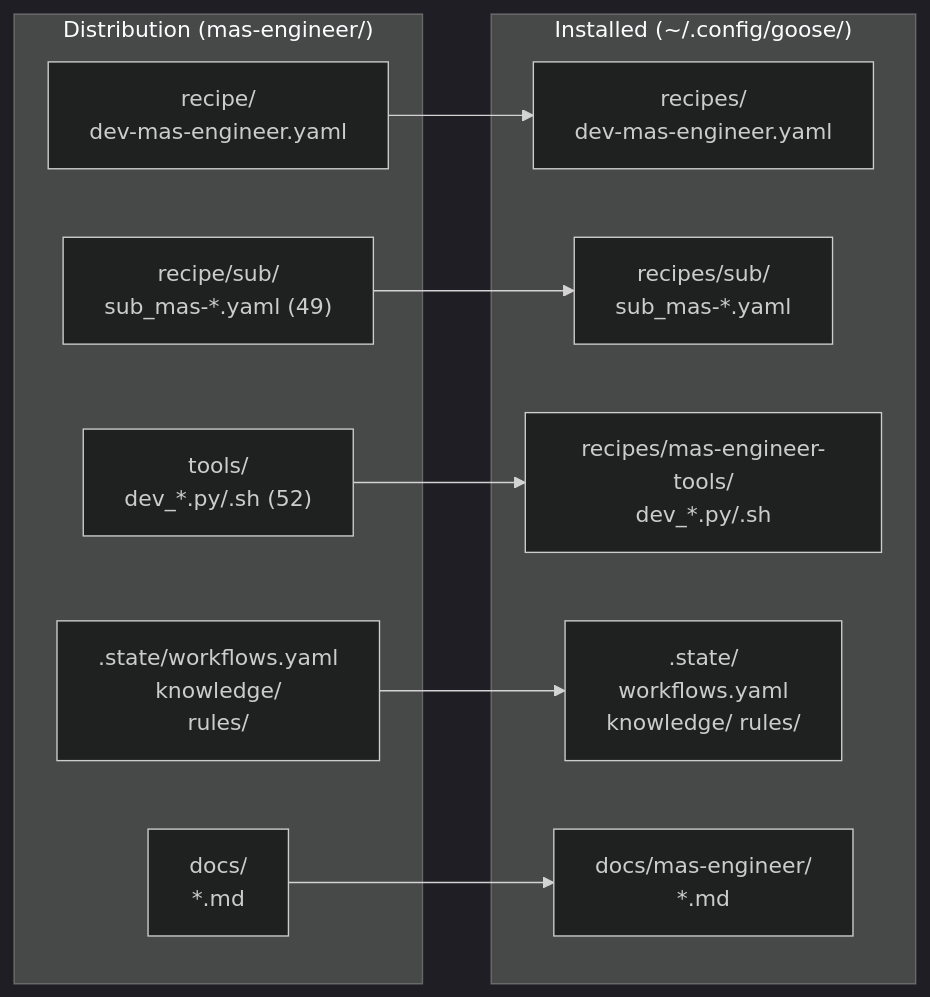
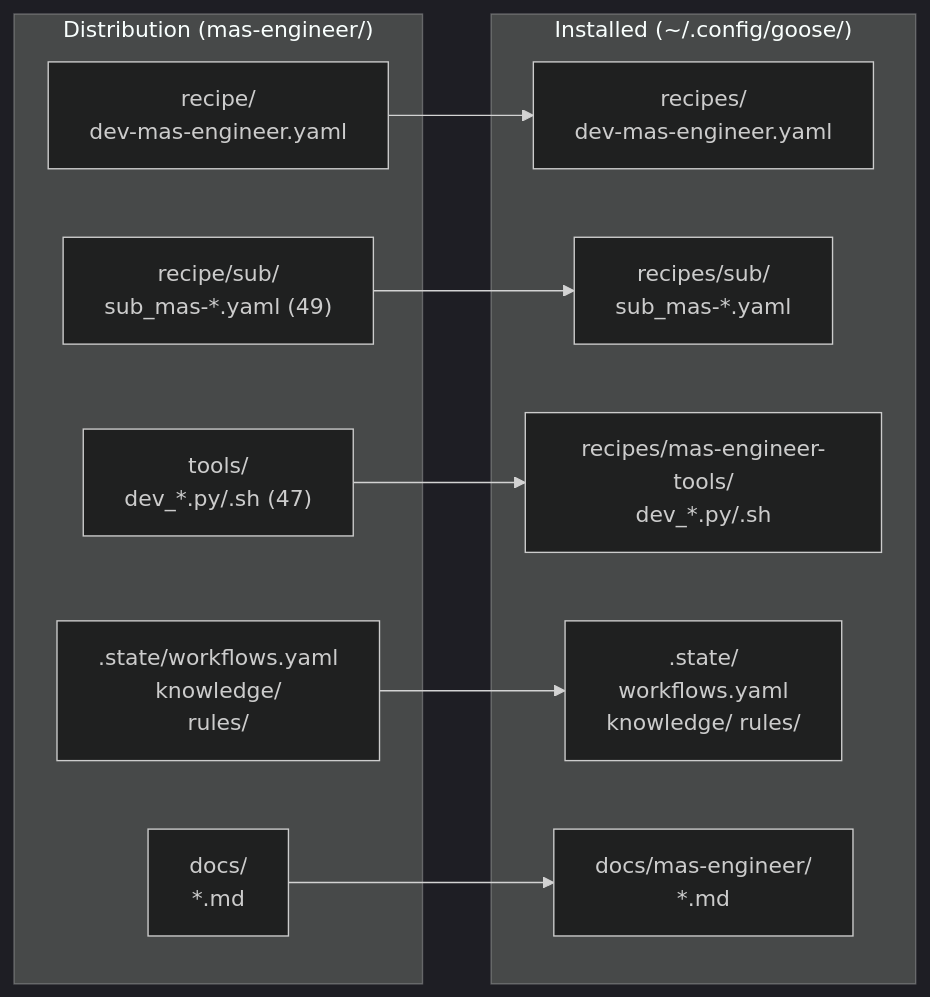
Before and after one commit to mczardybon/mas-engineer: the second of 2 diagrams in docs/installation.md, drawn with Mermaid (dark theme). The commit also changed other lines of this file and 5 other files, not shown here.

Commit message:
docs: fix tool counts 52→47, POC claim, Mermaid bug, pie chart, patterns

````diff
--- a/docs/installation.md
+++ b/docs/installation.md
@@ -48,23 +48,23 @@
 ```mermaid
 flowchart LR
     subgraph SOURCE["Distribution (mas-engineer/)"]
         S1["recipe/\ndev-mas-engineer.yaml"]
         S2["recipe/sub/\nsub_mas-*.yaml (49)"]
-        S3["tools/\ndev_*.py/.sh (52)"]
+        S3["tools/\ndev_*.py/.sh (47)"]
         S4[".state/workflows.yaml\nknowledge/\n rules/"]
         S5["docs/\n*.md"]
     end
     subgraph DEST["Installed (~/.config/goose/)"]
         D1["recipes/\ndev-mas-engineer.yaml"]
         D2["recipes/sub/\nsub_mas-*.yaml"]
         D3["recipes/mas-engineer-tools/\ndev_*.py/.sh"]
         D4[".state/\nworkflows.yaml\nknowledge/ rules/"]
         D5["docs/mas-engineer/\n*.md"]
     end
 
     S1 --> D1
     S2 --> D2
     S3 --> D3
     S4 --> D4
     S5 --> D5
 ```
````
